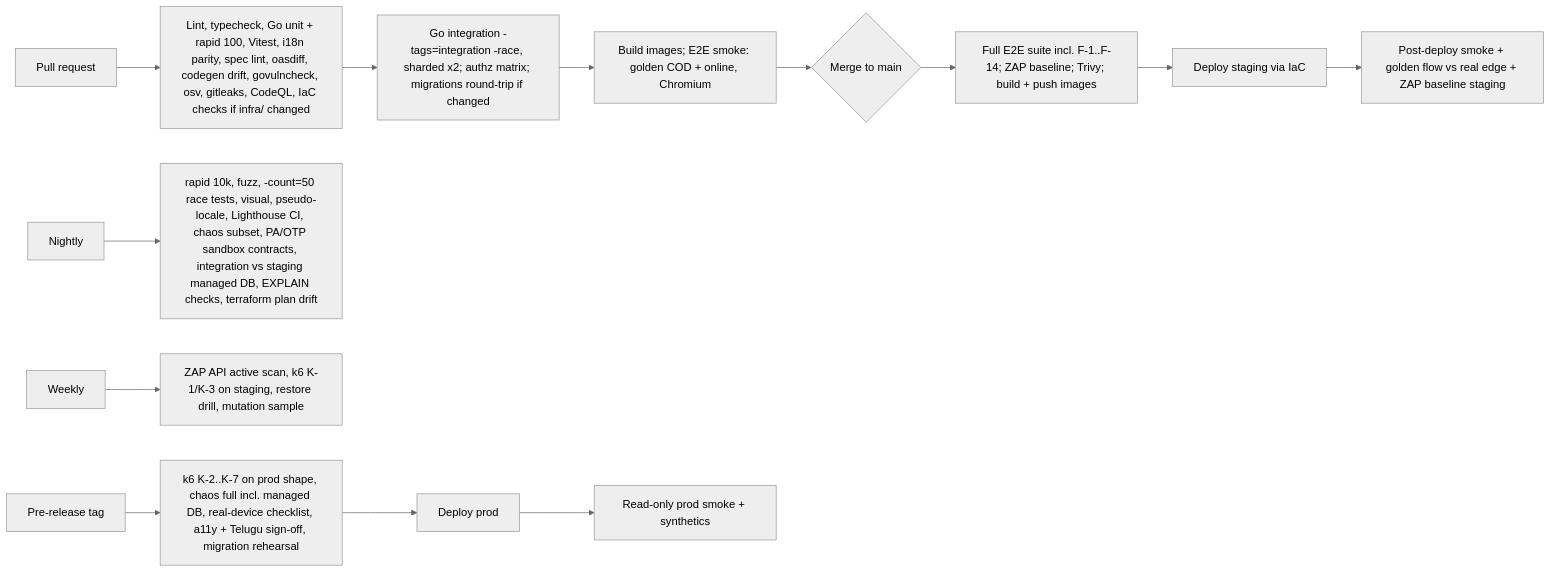
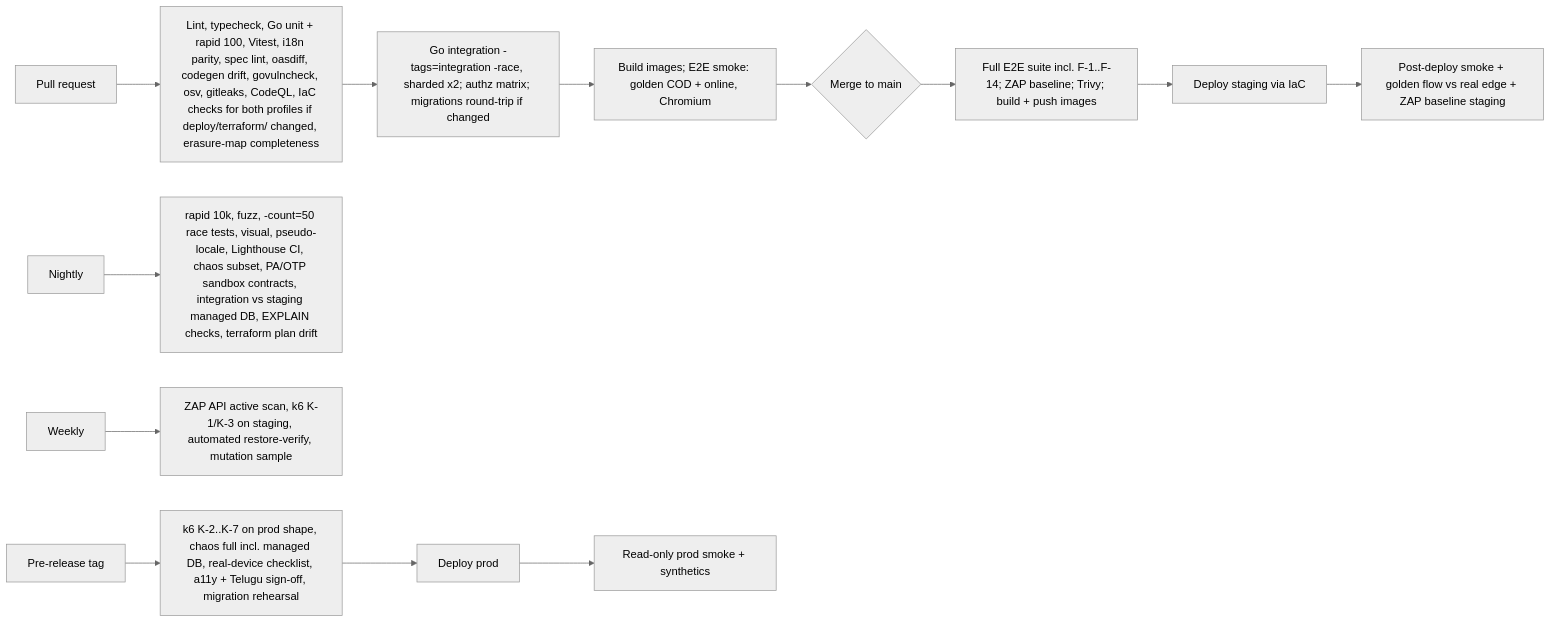
The fourth of 4 diagrams in docs/planning/20-testing-strategy.md (storetmobiles2-code/rovo), drawn with Mermaid (neutral theme) before and after one commit. The commit also changed other lines of this file and 2 other files, not shown here.

````diff
--- a/docs/planning/20-testing-strategy.md
+++ b/docs/planning/20-testing-strategy.md
@@ -1055,13 +1093,13 @@
 ```mermaid
 flowchart LR
-  PR["Pull request"] --> A["Lint, typecheck, Go unit + rapid 100, Vitest, i18n parity, spec lint, oasdiff, codegen drift, govulncheck, osv, gitleaks, CodeQL, IaC checks if infra/ changed"]
+  PR["Pull request"] --> A["Lint, typecheck, Go unit + rapid 100, Vitest, i18n parity, spec lint, oasdiff, codegen drift, govulncheck, osv, gitleaks, CodeQL, IaC checks for both profiles if deploy/terraform/ changed, erasure-map completeness"]
   A --> B["Go integration -tags=integration -race, sharded x2; authz matrix; migrations round-trip if changed"]
   B --> C["Build images; E2E smoke: golden COD + online, Chromium"]
   C --> M{"Merge to main"}
   M --> D["Full E2E suite incl. F-1..F-14; ZAP baseline; Trivy; build + push images"]
   D --> S["Deploy staging via IaC"] --> SM["Post-deploy smoke + golden flow vs real edge + ZAP baseline staging"]
   N["Nightly"] --> N1["rapid 10k, fuzz, -count=50 race tests, visual, pseudo-locale, Lighthouse CI, chaos subset, PA/OTP sandbox contracts, integration vs staging managed DB, EXPLAIN checks, terraform plan drift"]
-  W["Weekly"] --> W1["ZAP API active scan, k6 K-1/K-3 on staging, restore drill, mutation sample"]
+  W["Weekly"] --> W1["ZAP API active scan, k6 K-1/K-3 on staging, automated restore-verify, mutation sample"]
   R["Pre-release tag"] --> R1["k6 K-2..K-7 on prod shape, chaos full incl. managed DB, real-device checklist, a11y + Telugu sign-off, migration rehearsal"]
   R1 --> P["Deploy prod"] --> PS["Read-only prod smoke + synthetics"]
 ```
````
